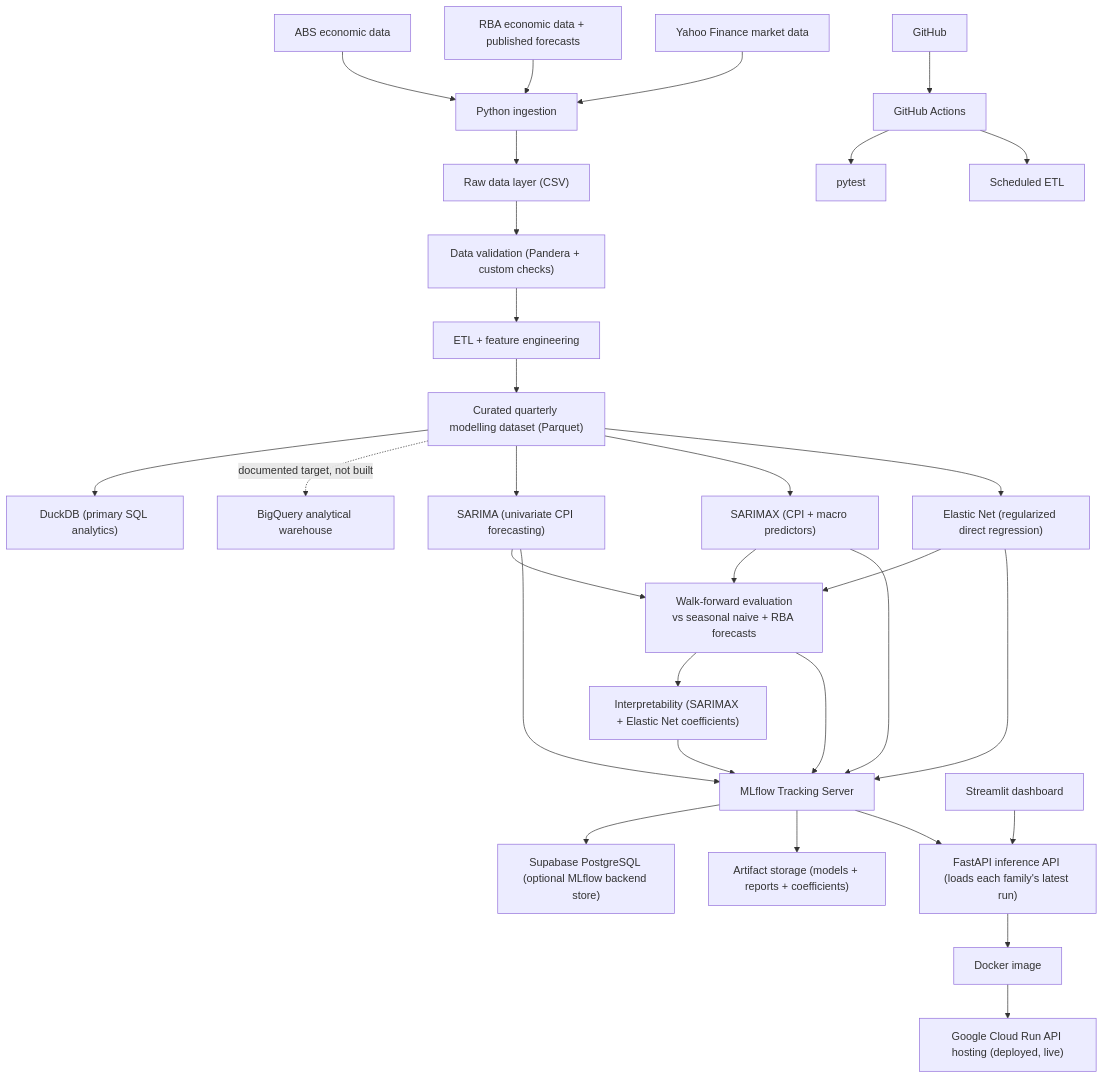
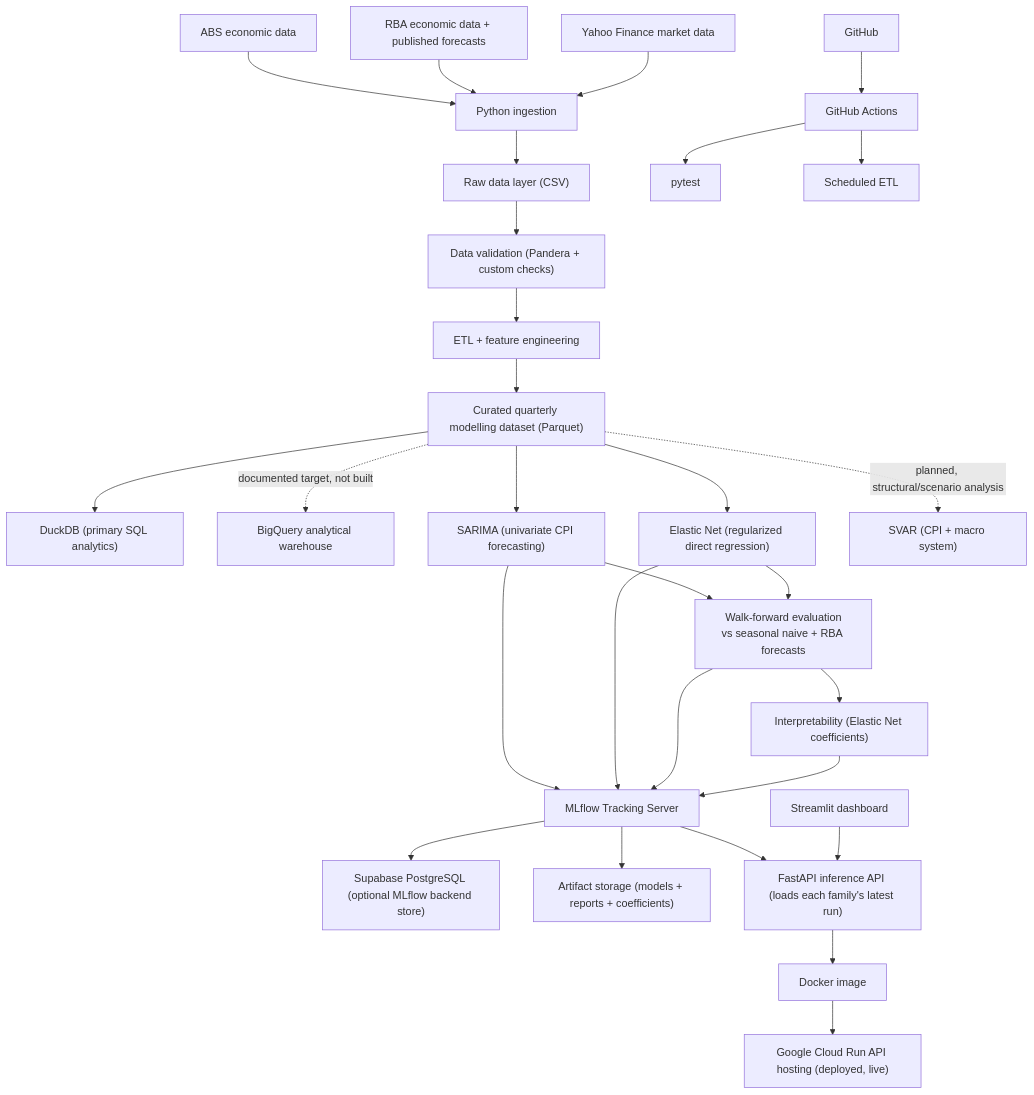
The diagram in README.md (JuanVu1810/Australian-CPI-Forecast), drawn with Mermaid before and after one commit. The commit also changed other lines of this file and 28 other files, not shown here.

````diff
--- a/README.md
+++ b/README.md
@@ -341,43 +338,41 @@
 ```mermaid
 flowchart TD
     ABS["ABS economic data"] --> INGEST["Python ingestion"]
     RBA["RBA economic data + published forecasts"] --> INGEST
     YF["Yahoo Finance market data"] --> INGEST
 
     INGEST --> RAW["Raw data layer (CSV)"]
     RAW --> VALIDATE["Data validation (Pandera + custom checks)"]
     VALIDATE --> ETL["ETL + feature engineering"]
     ETL --> CURATED["Curated quarterly modelling dataset (Parquet)"]
 
     CURATED --> DUCKDB["DuckDB (primary SQL analytics)"]
     CURATED -. "documented target, not built" .-> BQ["BigQuery analytical warehouse"]
 
     CURATED --> SARIMA["SARIMA (univariate CPI forecasting)"]
-    CURATED --> SARIMAX["SARIMAX (CPI + macro predictors)"]
     CURATED --> ELASTIC["Elastic Net (regularized direct regression)"]
+    CURATED -. "planned, structural/scenario analysis" .-> SVAR["SVAR (CPI + macro system)"]
 
     SARIMA --> EVAL["Walk-forward evaluation<br/>vs seasonal naive + RBA forecasts"]
-    SARIMAX --> EVAL
     ELASTIC --> EVAL
 
-    EVAL --> INTERP["Interpretability (SARIMAX + Elastic Net coefficients)"]
+    EVAL --> INTERP["Interpretability (Elastic Net coefficients)"]
 
     SARIMA --> MLFLOW["MLflow Tracking Server"]
-    SARIMAX --> MLFLOW
     ELASTIC --> MLFLOW
     EVAL --> MLFLOW
     INTERP --> MLFLOW
 
     MLFLOW --> POSTGRES["Supabase PostgreSQL (optional MLflow backend store)"]
     MLFLOW --> ARTIFACTS["Artifact storage (models + reports + coefficients)"]
     MLFLOW --> API["FastAPI inference API (loads each family's latest run)"]
 
     STREAMLIT["Streamlit dashboard"] --> API
 
     API --> DOCKER["Docker image"]
     DOCKER --> CLOUDRUN["Google Cloud Run API hosting (deployed, live)"]
 
     GITHUB["GitHub"] --> ACTIONS["GitHub Actions"]
     ACTIONS --> TESTS["pytest"]
     ACTIONS --> SCHEDULE["Scheduled ETL"]
 ```
````
